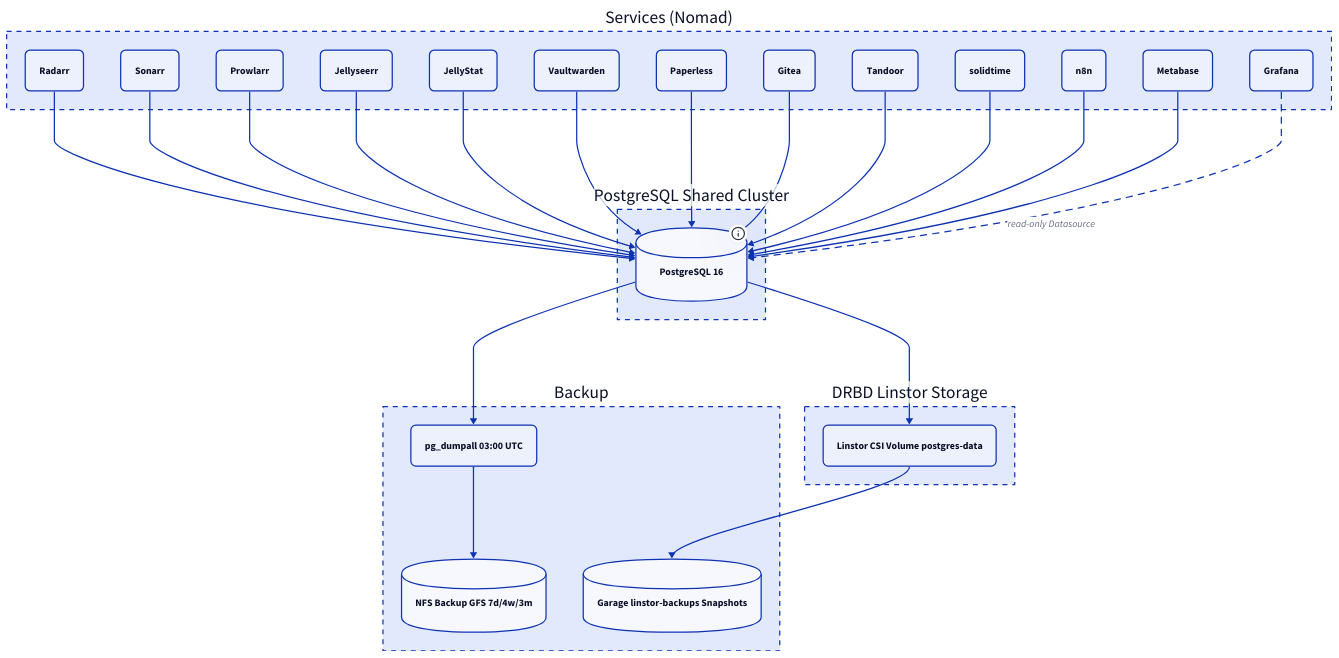
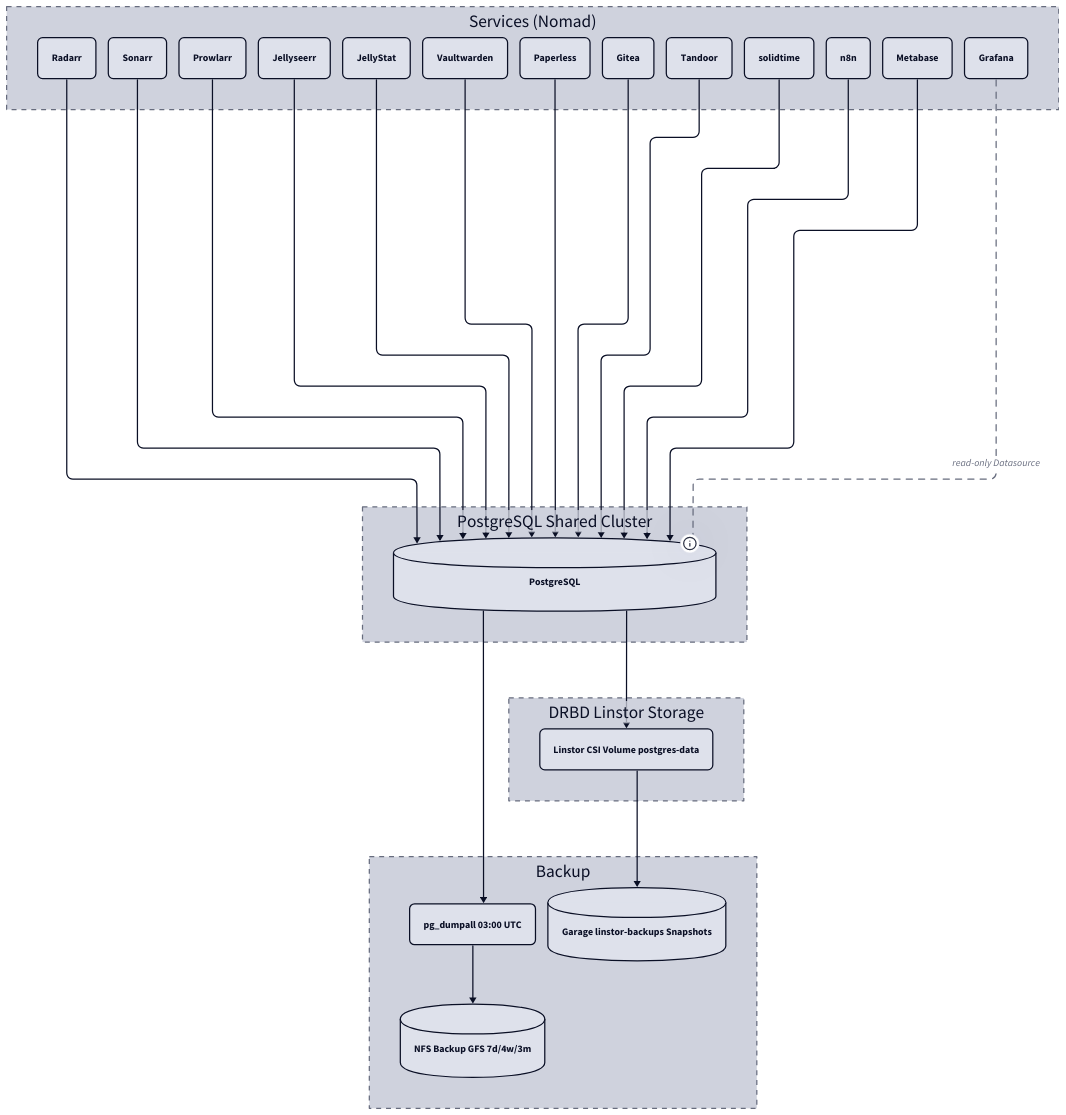
The first of 2 diagrams in docs/_querschnitt/datenbank-architektur.md (derever-labs/homelab-wiki), drawn with D2 before and after one commit. The commit also changed other lines of this file and 109 other files, not shown here.

````diff
--- a/docs/_querschnitt/datenbank-architektur.md
+++ b/docs/_querschnitt/datenbank-architektur.md
@@ -27,60 +27,66 @@
 ```d2
 direction: down
+vars: {
+  d2-config: {
+    theme-id: 1
+    layout-engine: elk
+  }
+}
 
 Services: Services (Nomad) {
   style.stroke-dash: 4
   RADAR: Radarr { style.border-radius: 8 }
   SONAR: Sonarr { style.border-radius: 8 }
   PROWL: Prowlarr { style.border-radius: 8 }
   JSEER: Jellyseerr { style.border-radius: 8 }
   JSTAT: JellyStat { style.border-radius: 8 }
   VW: Vaultwarden { style.border-radius: 8 }
   PL: Paperless { style.border-radius: 8 }
   GT: Gitea { style.border-radius: 8 }
   TD: Tandoor { style.border-radius: 8 }
   ST: solidtime { style.border-radius: 8 }
   N8N: n8n { style.border-radius: 8 }
   MB: Metabase { style.border-radius: 8 }
   GR: Grafana { style.border-radius: 8 }
 }
 
 Database: PostgreSQL Shared Cluster {
   style.stroke-dash: 4
-  PG: PostgreSQL 16 {
+  PG: PostgreSQL {
     shape: cylinder
     tooltip: postgres.service.consul:5432
     style.border-radius: 8
   }
 }
 
 Storage: DRBD Linstor Storage {
   style.stroke-dash: 4
   DRBD: Linstor CSI Volume postgres-data { style.border-radius: 8 }
 }
 
 Backup: Backup {
   style.stroke-dash: 4
   DUMP: pg_dumpall 03:00 UTC { style.border-radius: 8 }
   NFS: NFS Backup GFS 7d/4w/3m { shape: cylinder; style.border-radius: 8 }
   S3: Garage linstor-backups Snapshots { shape: cylinder; style.border-radius: 8 }
 }
 
 Services.RADAR -> Database.PG
 Services.SONAR -> Database.PG
 Services.PROWL -> Database.PG
 Services.JSEER -> Database.PG
 Services.JSTAT -> Database.PG
 Services.VW -> Database.PG
 Services.PL -> Database.PG
 Services.GT -> Database.PG
 Services.TD -> Database.PG
 Services.ST -> Database.PG
 Services.N8N -> Database.PG
 Services.MB -> Database.PG
 Services.GR -> Database.PG: read-only Datasource { style.stroke-dash: 5 }
 
 Database.PG -> Storage.DRBD
 Database.PG -> Backup.DUMP
 Backup.DUMP -> Backup.NFS
 Storage.DRBD -> Backup.S3
 ```
````
